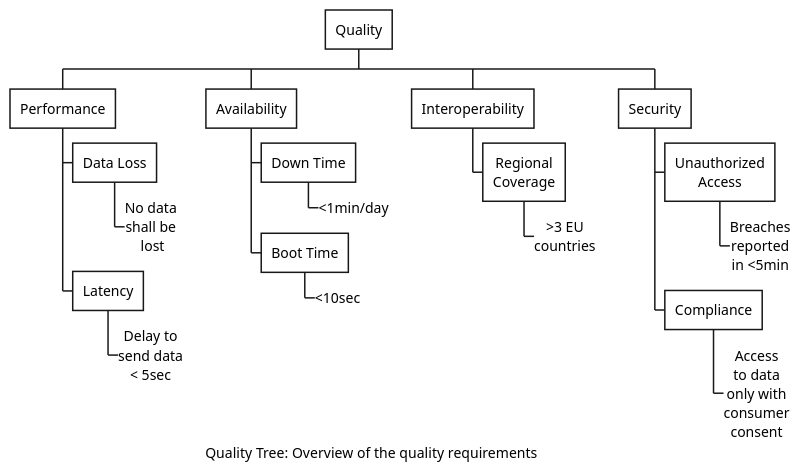
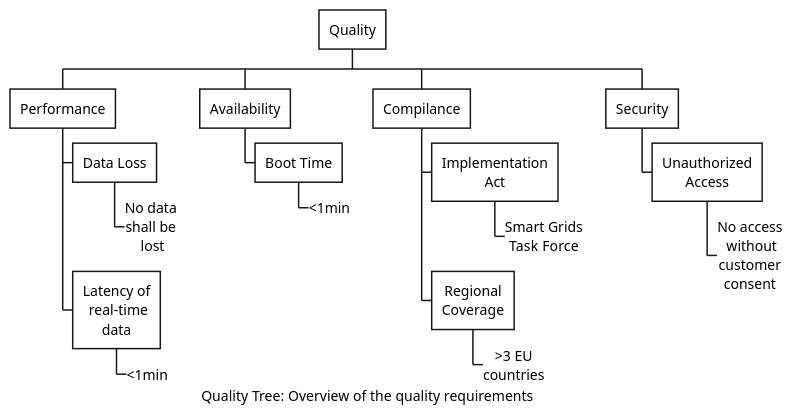
The diagram in arc42/10-quality-requirements/figures/quality-tree.puml (eddie-energy/architecture), drawn with PlantUML before and after one commit. The commit also changed 10 other files, not shown here.

```diff
--- a/arc42/10-quality-requirements/figures/quality-tree.puml
+++ b/arc42/10-quality-requirements/figures/quality-tree.puml
@@ -1,42 +1,43 @@
 @startwbs quality-tree
 'work breakdown structure
 caption Quality Tree: Overview of the quality requirements
 
 <style>
 wbsdiagram {
   node {
     BackgroundColor transparemt
     HorizontalAlignment center
     fontsize 14
   }
 '   :depth(3) {
 '     Linecolor white
 '   }
 }
 </style>
 
 * Quality
 
 ++ Performance
 +++ Data Loss
 ++++_ No data\nshall be\n lost
-+++ Latency
-++++_ Delay to\nsend data\n< 5sec
++++ Latency of\n real-time\ndata
+++++_ <1min
 
 ++ Availability
-+++ Down Time
-++++_ <1min/day
 +++ Boot Time
-++++_ <10sec
+++++_ <1min
+' +++ Down Time
+' ++++_ <60min/day
 
-++ Interoperability
+++ Compilance
++++ Implementation\nAct
+++++_  Smart Grids\nTask Force
 +++ Regional\nCoverage
 ++++_ >3 EU\ncountries
 
 ++ Security
 +++ Unauthorized\nAccess
-++++_ Breaches\nreported\nin <5min
-+++ Compliance
-++++_ Access\nto data\nonly with\nconsumer\nconsent
+++++_ No access\n without\ncustomer\nconsent
+
 
 @endwbs
```
